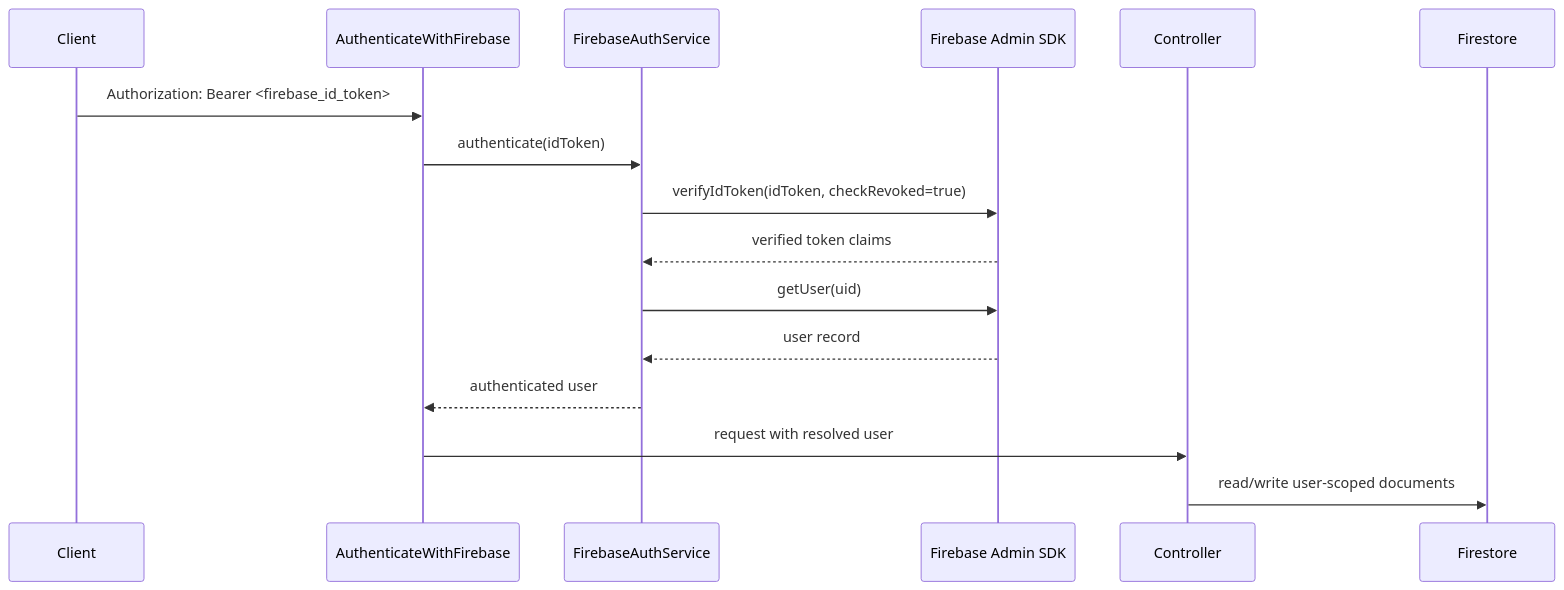
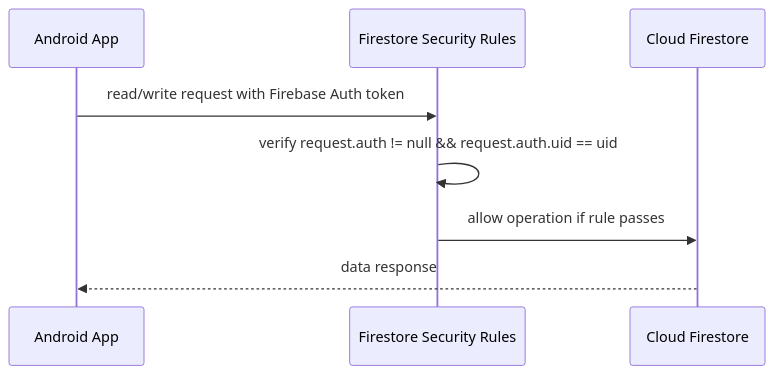
Before and after one commit to abhay-byte/truvalt: the fourth of 7 diagrams in docs/DIAGRAMS.md, drawn with Mermaid. The commit also changed other lines of this file and 2 other files, not shown here.

First line of the commit message:
docs: Update diagrams, UI docs, and API test results for Firebase-direct

````diff
--- a/docs/DIAGRAMS.md
+++ b/docs/DIAGRAMS.md
@@ -100,19 +82,11 @@
 ```mermaid
 sequenceDiagram
-    participant Client
-    participant Middleware as AuthenticateWithFirebase
-    participant AuthService as FirebaseAuthService
-    participant Admin as Firebase Admin SDK
-    participant Controller
-    participant Firestore
+    participant Client as Android App
+    participant FirestoreRules as Firestore Security Rules
+    participant FirestoreDB as Cloud Firestore
 
-    Client->>Middleware: Authorization: Bearer <firebase_id_token>
-    Middleware->>AuthService: authenticate(idToken)
-    AuthService->>Admin: verifyIdToken(idToken, checkRevoked=true)
-    Admin-->>AuthService: verified token claims
-    AuthService->>Admin: getUser(uid)
-    Admin-->>AuthService: user record
-    AuthService-->>Middleware: authenticated user
-    Middleware->>Controller: request with resolved user
-    Controller->>Firestore: read/write user-scoped documents
+    Client->>FirestoreRules: read/write request with Firebase Auth token
+    FirestoreRules->>FirestoreRules: verify request.auth != null && request.auth.uid == uid
+    FirestoreRules->>FirestoreDB: allow operation if rule passes
+    FirestoreDB-->>Client: data response
 ```
````
